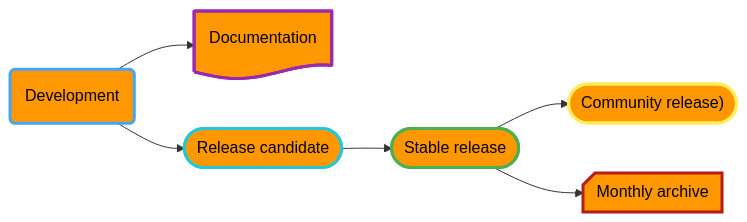
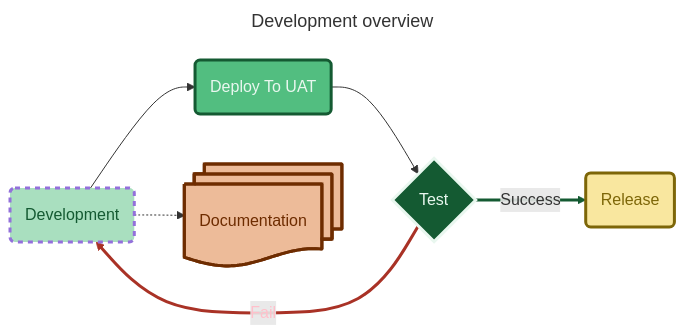
One commit to spectrum-health-systems/tingen-documentation changed the fifth of 7 diagrams in Development/Workflows/workflows.md. Above: the diagram before and after it, drawn with Mermaid. The commit also changed other lines of this file and 2 other files, not shown here.

````diff
--- a/Development/Workflows/workflows.md
+++ b/Development/Workflows/workflows.md
@@ -101,21 +242,30 @@
 ```mermaid
+---
+title: Development overview
+---
 flowchart LR
   %% Components
   Development@{shape: rounded, label: "Development"}
-  Documentation@{shape: doc, label: "Documentation"}
-  MonthlyArchive@{shape: notch-rect, label: "Monthly archive"}
-  ReleaseCandidate@{shape: stadium, label: "Release candidate"}
-  StableRelease@{shape: stadium, label: "Stable release"}
-  CommunityRelease@{shape: stadium, label: "Community release)"}
+  DeployToUat@{shape: rounded, label: "Deploy To UAT"}
+  Document@{shape: docs, label: "Documentation"}
+  Test@{shape: diamond, label: "Test"}
+  Release@{shape: rounded, label: "Release"}
   %% Layout
-  Development --> Documentation
-  Development --> ReleaseCandidate --> StableRelease --> CommunityRelease
-  StableRelease --> MonthlyArchive
+  Development -.-> Document
+  Development --> DeployToUat --> Test
+  Test -- Fail --> Development
+  Test -- Success --> Release
   %% Styles
-  style Development color:#000,fill:#ff9800,stroke:#42a5f5,stroke-width:3px
-  style Documentation color:#000,fill:#ff9800,stroke:#9c27b0,stroke-width:3px
-  style MonthlyArchive color:#000,fill:#ff9800,stroke:#b71c1c,stroke-width:3px
-  style ReleaseCandidate color:#000,fill:#ff9800,stroke:#26c6da,stroke-width:3px
-  style StableRelease color:#000,fill:#ff9800,stroke:#4caf50,stroke-width:3px
-  style CommunityRelease color:#000,fill:#ff9800,stroke:#ffee58,stroke-width:3px
+  classDef Development stroke:#00000,stroke-width:3px,stroke-dasharray: 5 5,fill:#a9dfbf,color:#145a32
+  classDef DeployToUat stroke:#145a32,stroke-width:3px,fill:#52be80,color:#e9f7ef
+  classDef Document stroke:#6e2c00,stroke-width:3px,fill:#edbb99,color:#6e2c00
+  classDef Test stroke:#e9f7ef,stroke-width:3px,fill:#145a32,color:#e9f7ef
+  classDef Release stroke:#7d6608,stroke-width:3px,fill:#f9e79f,color:#7d6608
+  class Development Development
+  class DeployToUat DeployToUat
+  class Test Test
+  class Document Document
+  class Release Release
+  linkStyle 3 stroke:#A93226,stroke-width:3px, color: pink;
+  linkStyle 4 stroke:#145a32,stroke-width:3px
 ```
````
